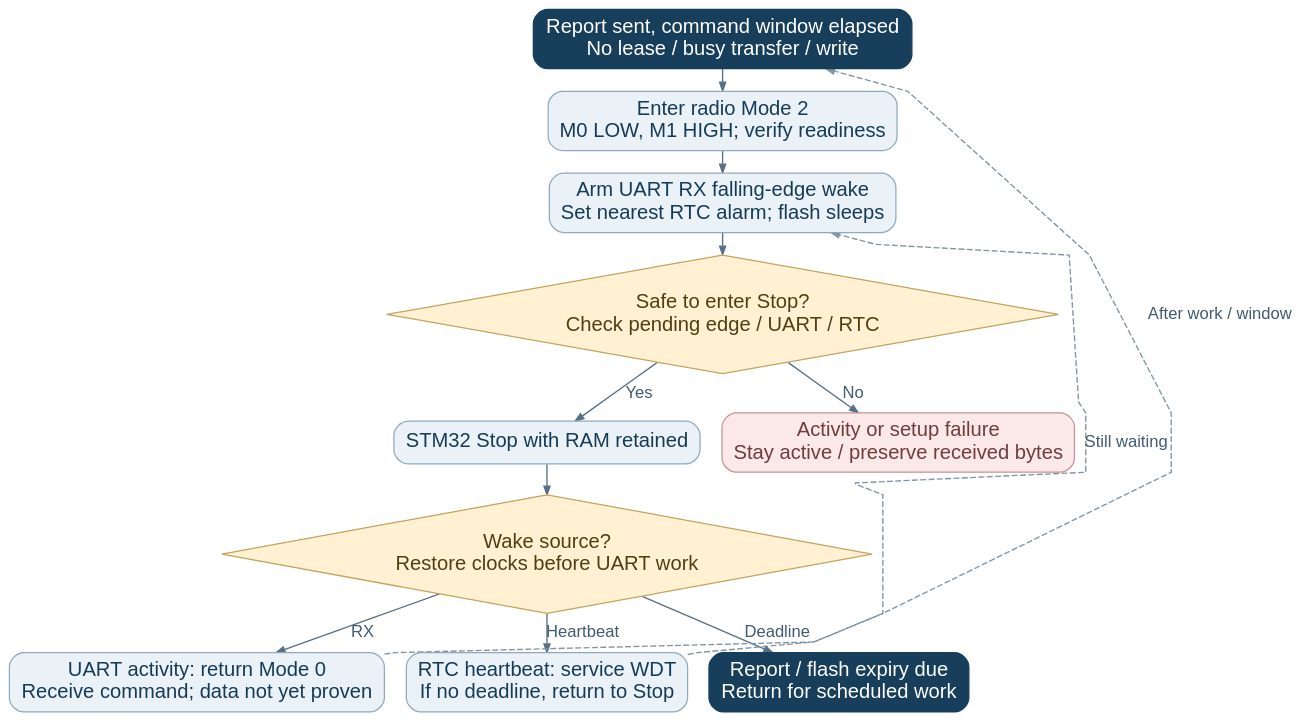
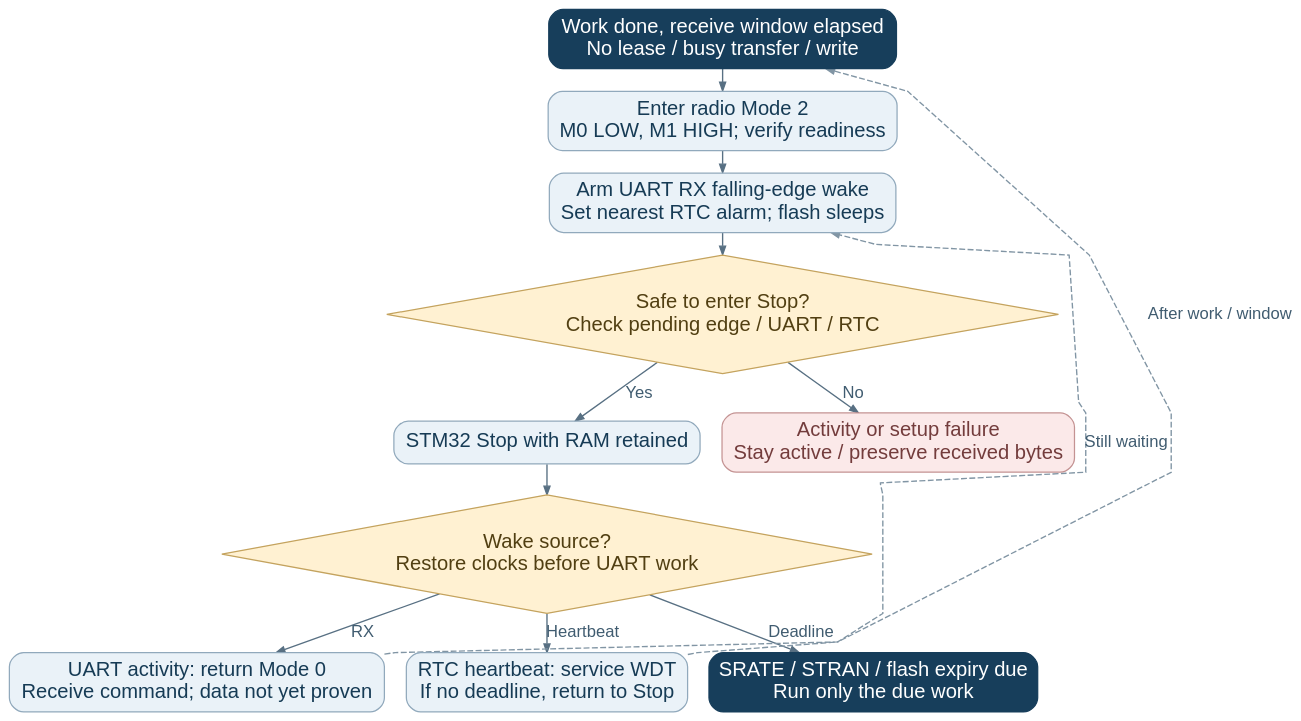
The diagram in Documentation/Flowcharts/source/F22_lora_wake_on_radio_with_stm32_stop.dot (SelimEldreeny111/EgSA_IOT), drawn with Graphviz before and after one commit. The commit also changed 33 other files, not shown here.

First line of the commit message:
docs: refresh Word design and editable architecture diagrams

```diff
--- a/Documentation/Flowcharts/source/F22_lora_wake_on_radio_with_stm32_stop.dot
+++ b/Documentation/Flowcharts/source/F22_lora_wake_on_radio_with_stm32_stop.dot
@@ -1,34 +1,34 @@
 // F22 LoRa wake on radio with STM32 Stop
 digraph F22 {
 graph [rankdir=TB, bgcolor="transparent", pad="0.18", nodesep="0.25", ranksep="0.25", splines=polyline, outputorder=edgesfirst];
 node [fontname="Arial", fontsize=17, margin="0.13,0.09", penwidth=1.05];
 edge [fontname="Arial", fontsize=14, color="#587083", fontcolor="#405C70", arrowsize=0.72, penwidth=1.15];
-"a" [shape="box", style="rounded,filled", fillcolor="#173E5B", fontcolor="white", color="#173E5B", label="Report sent, command window elapsed\nNo lease / busy transfer / write"];
+"a" [shape="box", style="rounded,filled", fillcolor="#173E5B", fontcolor="white", color="#173E5B", label="Work done, receive window elapsed\nNo lease / busy transfer / write"];
 "b" [shape="box", style="rounded,filled", fillcolor="#EAF2F8", fontcolor="#163B55", color="#91A9BC", label="Enter radio Mode 2\nM0 LOW, M1 HIGH; verify readiness"];
 "c" [shape="box", style="rounded,filled", fillcolor="#EAF2F8", fontcolor="#163B55", color="#91A9BC", label="Arm UART RX falling-edge wake\nSet nearest RTC alarm; flash sleeps"];
 "d" [shape="diamond", style="filled", fillcolor="#FFF1D2", fontcolor="#513F12", color="#C4A35E", label="Safe to enter Stop?\nCheck pending edge / UART / RTC"];
 "e" [shape="box", style="rounded,filled", fillcolor="#EAF2F8", fontcolor="#163B55", color="#91A9BC", label="STM32 Stop with RAM retained"];
 "f" [shape="diamond", style="filled", fillcolor="#FFF1D2", fontcolor="#513F12", color="#C4A35E", label="Wake source?\nRestore clocks before UART work"];
 "g" [shape="box", style="rounded,filled", fillcolor="#EAF2F8", fontcolor="#163B55", color="#91A9BC", label="UART activity: return Mode 0\nReceive command; data not yet proven"];
 "h" [shape="box", style="rounded,filled", fillcolor="#EAF2F8", fontcolor="#163B55", color="#91A9BC", label="RTC heartbeat: service WDT\nIf no deadline, return to Stop"];
-"i" [shape="box", style="rounded,filled", fillcolor="#173E5B", fontcolor="white", color="#173E5B", label="Report / flash expiry due\nReturn for scheduled work"];
+"i" [shape="box", style="rounded,filled", fillcolor="#173E5B", fontcolor="white", color="#173E5B", label="SRATE / STRAN / flash expiry due\nRun only the due work"];
 "j" [shape="box", style="rounded,filled", fillcolor="#FBE9E9", fontcolor="#733C3C", color="#C49393", label="Activity or setup failure\nStay active / preserve received bytes"];
 {rank=same; "a";}
 {rank=same; "b";}
 {rank=same; "c";}
 {rank=same; "d";}
 {rank=same; "e"; "j";}
 {rank=same; "f";}
 {rank=same; "g"; "h"; "i";}
 "a" -> "b" [];
 "b" -> "c" [];
 "c" -> "d" [];
 "d" -> "e" [label="Yes"];
 "d" -> "j" [label="No"];
 "e" -> "f" [];
 "f" -> "g" [label="RX"];
 "f" -> "h" [label="Heartbeat"];
 "f" -> "i" [label="Deadline"];
 "h" -> "c" [label="Still waiting", constraint="false", color="#8195A4", style="dashed"];
 "g" -> "a" [label="After work / window", constraint="false", color="#8195A4", style="dashed"];
 }
```
